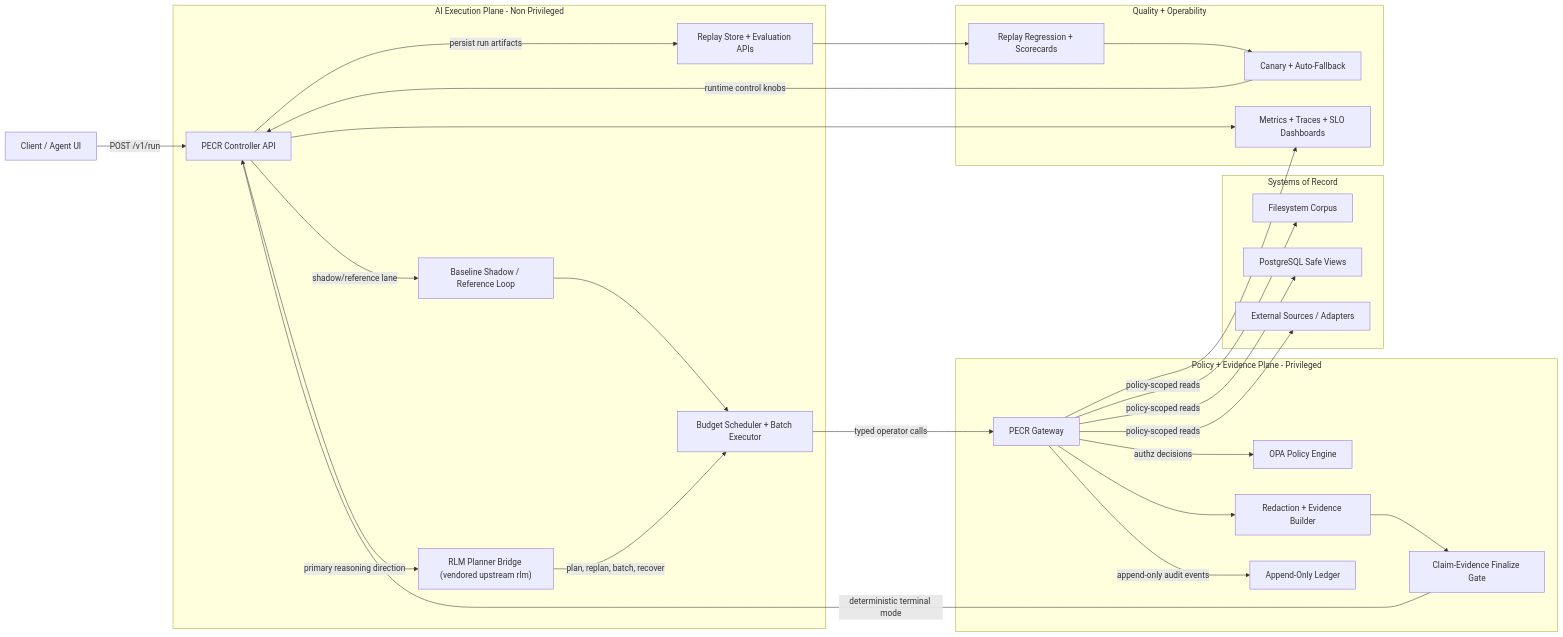
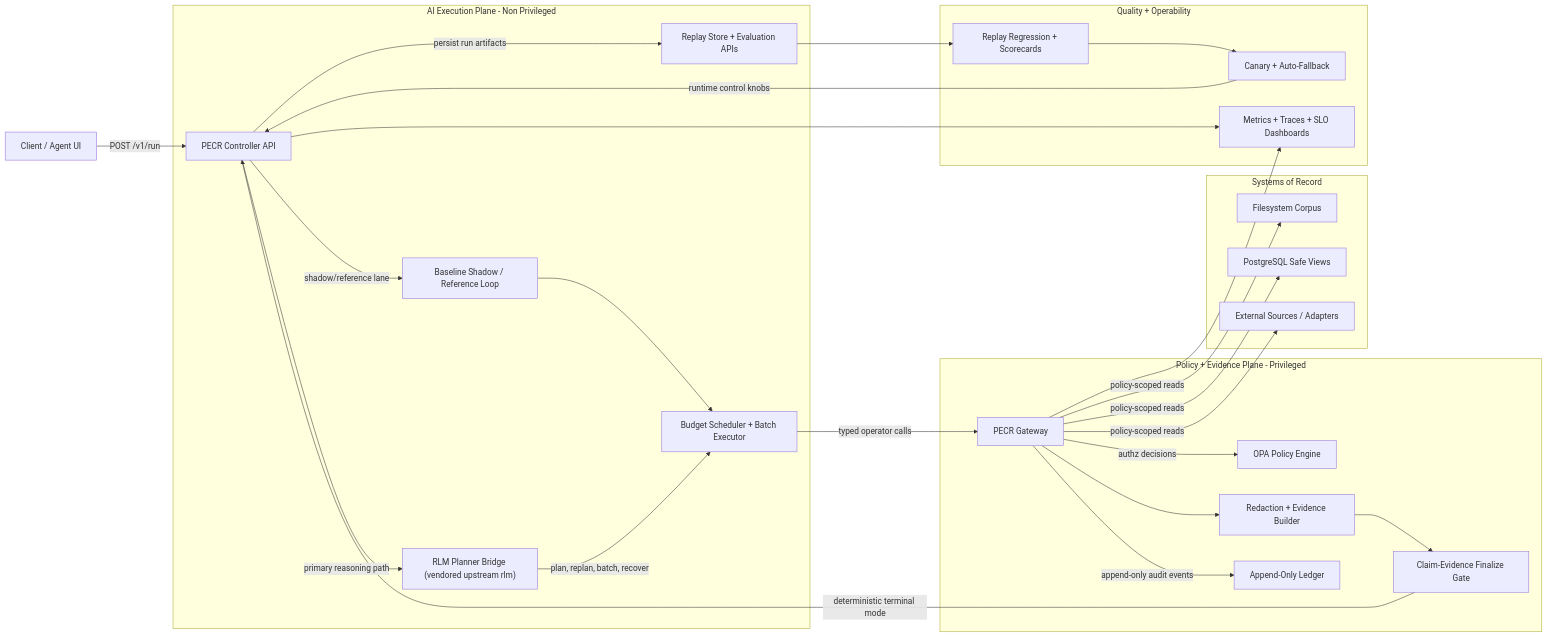
The diagram in README.md (aliuyar1234/PECR), drawn with Mermaid before and after one commit. The commit also changed other lines of this file, not shown here.

````diff
--- a/README.md
+++ b/README.md
@@ -40,57 +45,57 @@
 ```mermaid
 flowchart LR
     Client["Client / Agent UI"]
 
     subgraph AIPlane["AI Execution Plane - Non Privileged"]
       Controller["PECR Controller API"]
       Baseline["Baseline Shadow / Reference Loop"]
       RLM["RLM Planner Bridge (vendored upstream rlm)"]
       Scheduler["Budget Scheduler + Batch Executor"]
       Replay["Replay Store + Evaluation APIs"]
     end
 
     subgraph Governance["Policy + Evidence Plane - Privileged"]
       Gateway["PECR Gateway"]
       OPA["OPA Policy Engine"]
       Evidence["Redaction + Evidence Builder"]
       Finalize["Claim-Evidence Finalize Gate"]
       Ledger["Append-Only Ledger"]
     end
 
     subgraph SoR["Systems of Record"]
       FS["Filesystem Corpus"]
       PG["PostgreSQL Safe Views"]
       EXT["External Sources / Adapters"]
     end
 
     subgraph Ops["Quality + Operability"]
       Eval["Replay Regression + Scorecards"]
       Canary["Canary + Auto-Fallback"]
       Obs["Metrics + Traces + SLO Dashboards"]
     end
 
     Client -->|POST /v1/run| Controller
     Controller -->|shadow/reference lane| Baseline
-    Controller -->|primary reasoning direction| RLM
+    Controller -->|primary reasoning path| RLM
     Baseline --> Scheduler
     RLM -->|plan, replan, batch, recover| Scheduler
 
     Scheduler -->|typed operator calls| Gateway
     Gateway -->|authz decisions| OPA
     Gateway --> Evidence
     Evidence --> Finalize
     Finalize -->|deterministic terminal mode| Controller
 
     Gateway -->|policy-scoped reads| FS
     Gateway -->|policy-scoped reads| PG
     Gateway -->|policy-scoped reads| EXT
     Gateway -->|append-only audit events| Ledger
 
     Controller -->|persist run artifacts| Replay
     Replay --> Eval
     Eval --> Canary
     Canary -->|runtime control knobs| Controller
 
     Controller --> Obs
     Gateway --> Obs
 ```
````
